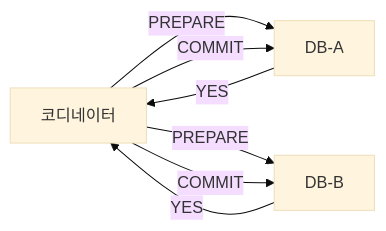
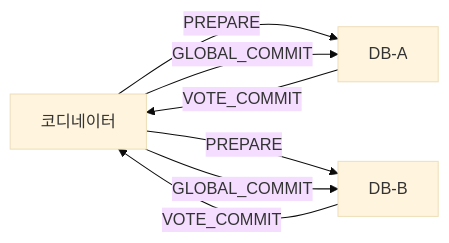
Before and after one commit to yjkim2015/yjkim2015.github.io: the second of 12 diagrams in _posts/architecture/2026-05-02-distributed-transaction-deep.md, drawn with Mermaid (base theme). The commit also changed other lines of this file and 4 other files, not shown here.

````diff
--- a/_posts/architecture/2026-05-02-distributed-transaction-deep.md
+++ b/_posts/architecture/2026-05-02-distributed-transaction-deep.md
@@ -40,9 +105,9 @@
 ```mermaid
 graph LR
     CO["코디네이터"] -->|"PREPARE"| DBA["DB-A"]
     CO -->|"PREPARE"| DBB["DB-B"]
-    DBA -->|"YES"| CO
-    DBB -->|"YES"| CO
-    CO -->|"COMMIT"| DBA
-    CO -->|"COMMIT"| DBB
+    DBA -->|"VOTE_COMMIT"| CO
+    DBB -->|"VOTE_COMMIT"| CO
+    CO -->|"GLOBAL_COMMIT"| DBA
+    CO -->|"GLOBAL_COMMIT"| DBB
 ```
````
